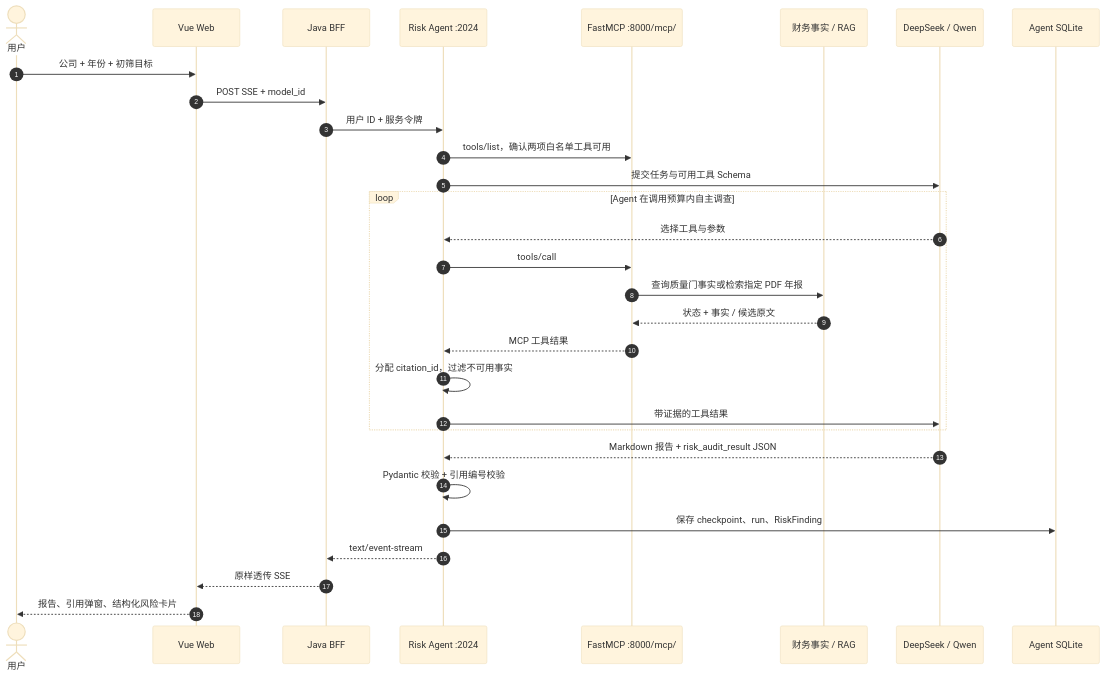
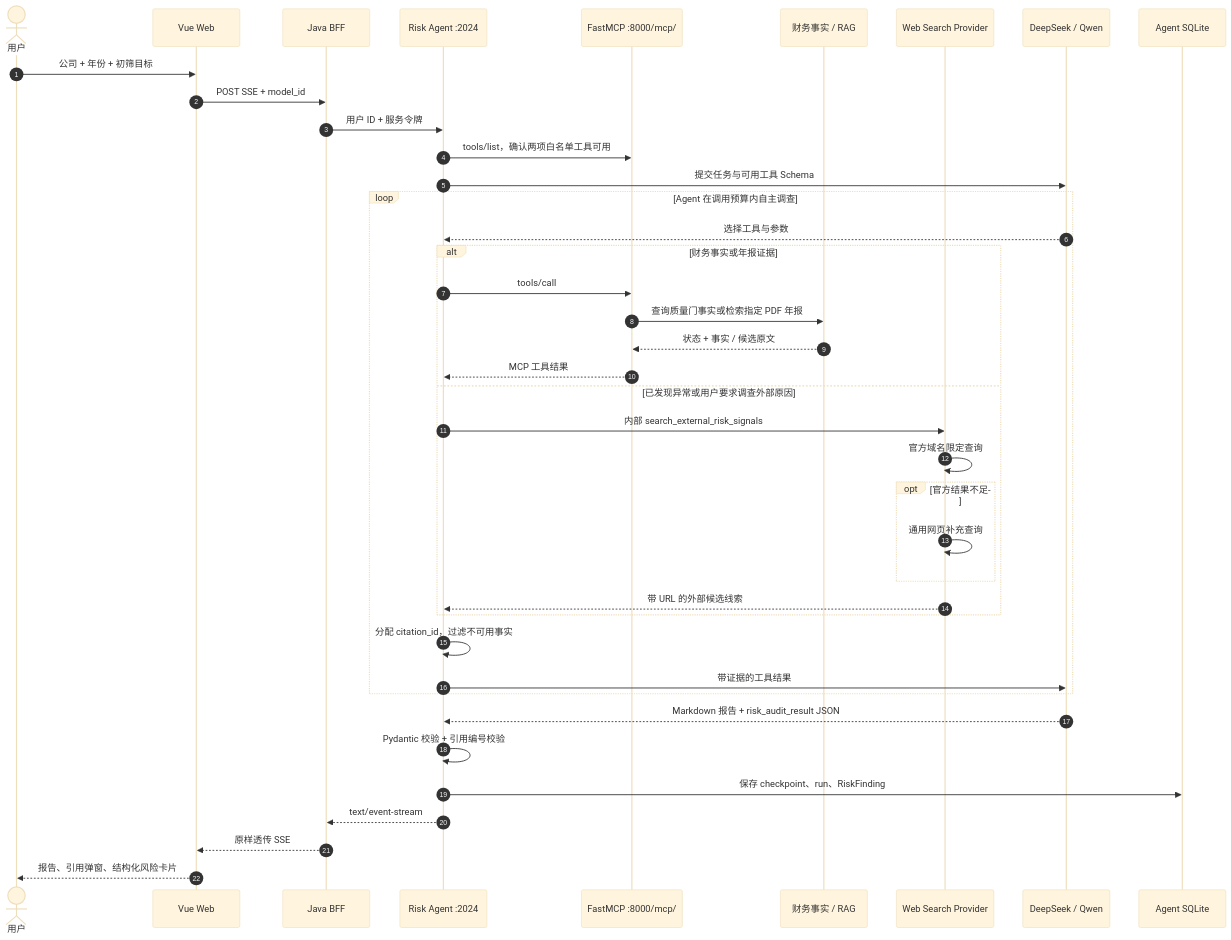
One commit to WWBQ/regops_copilot changed the third of 4 diagrams in docs/ARCHITECTURE.md. Above: the diagram before and after it, drawn with Mermaid (base theme). The commit also changed other lines of this file and 28 other files, not shown here.

First line of the commit message:
feat: add domain-limited external risk search for the financial agent

````diff
--- a/docs/ARCHITECTURE.md
+++ b/docs/ARCHITECTURE.md
@@ -72,33 +74,43 @@
 ```mermaid
 sequenceDiagram
     autonumber
     actor U as 用户
     participant W as Vue Web
     participant J as Java BFF
     participant A as Risk Agent :2024
     participant M as FastMCP :8000/mcp/
     participant D as 财务事实 / RAG
+    participant E as Web Search Provider
     participant L as DeepSeek / Qwen
     participant S as Agent SQLite
 
     U->>W: 公司 + 年份 + 初筛目标
     W->>J: POST SSE + model_id
     J->>A: 用户 ID + 服务令牌
     A->>M: tools/list，确认两项白名单工具可用
     A->>L: 提交任务与可用工具 Schema
     loop Agent 在调用预算内自主调查
         L-->>A: 选择工具与参数
-        A->>M: tools/call
-        M->>D: 查询质量门事实或检索指定 PDF 年报
-        D-->>M: 状态 + 事实 / 候选原文
-        M-->>A: MCP 工具结果
+        alt 财务事实或年报证据
+            A->>M: tools/call
+            M->>D: 查询质量门事实或检索指定 PDF 年报
+            D-->>M: 状态 + 事实 / 候选原文
+            M-->>A: MCP 工具结果
+        else 已发现异常或用户要求调查外部原因
+            A->>E: 内部 search_external_risk_signals
+            E->>E: 官方域名限定查询
+            opt 官方结果不足
+                E->>E: 通用网页补充查询
+            end
+            E-->>A: 带 URL 的外部候选线索
+        end
         A->>A: 分配 citation_id，过滤不可用事实
         A->>L: 带证据的工具结果
     end
     L-->>A: Markdown 报告 + risk_audit_result JSON
     A->>A: Pydantic 校验 + 引用编号校验
     A->>S: 保存 checkpoint、run、RiskFinding
     A-->>J: text/event-stream
     J-->>W: 原样透传 SSE
     W-->>U: 报告、引用弹窗、结构化风险卡片
 ```
````
